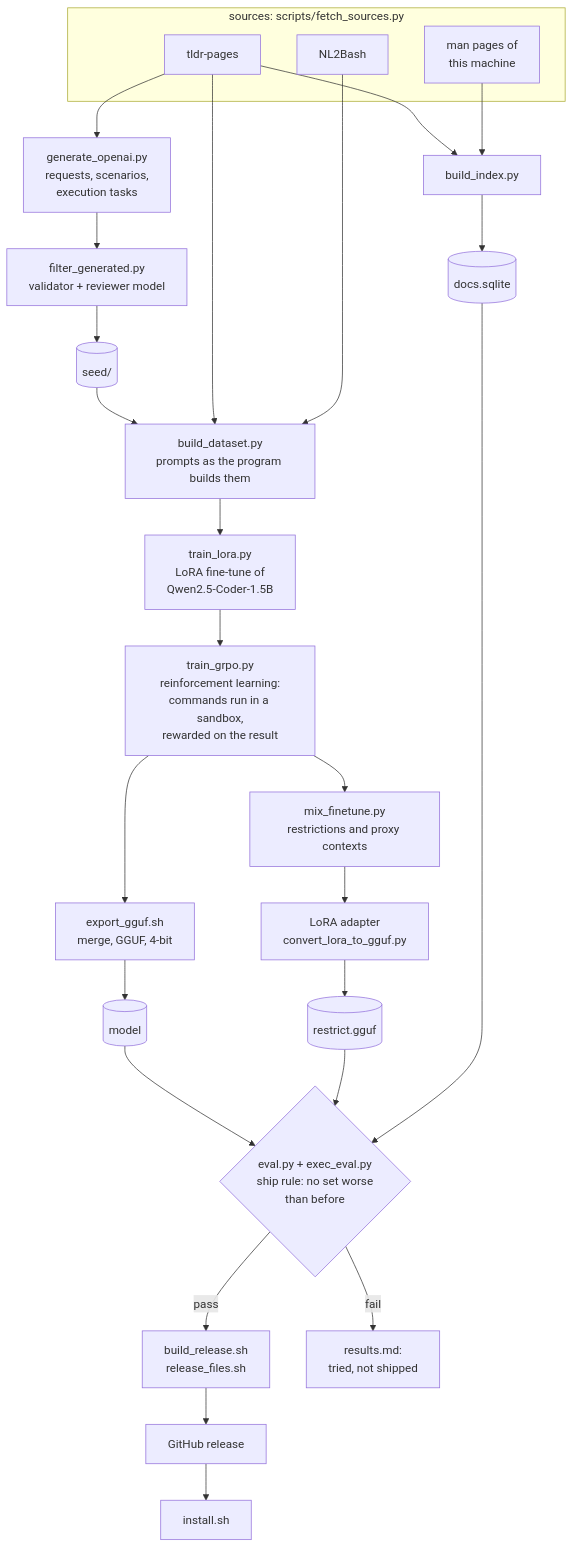
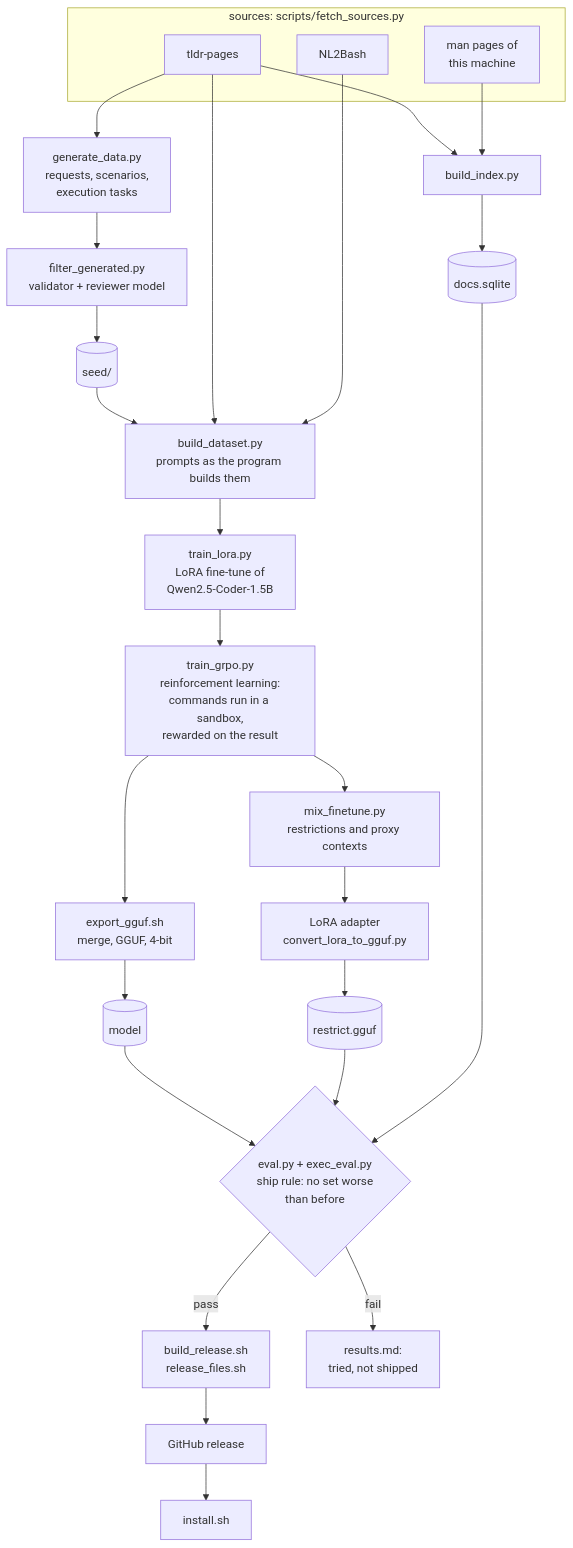
One commit to arxhr007/arxhr007.github.io changed the fifth of 5 diagrams in lxask-docs/content/docs/architecture.md. Above: the diagram before and after it, drawn with Mermaid. The commit also changed 8 other files, not shown here.

````diff
--- a/lxask-docs/content/docs/architecture.md
+++ b/lxask-docs/content/docs/architecture.md
@@ -153,21 +153,21 @@
 ```mermaid
 flowchart TD
     subgraph sources ["sources: scripts/fetch_sources.py"]
         tldr["tldr-pages"]
         nl2bash["NL2Bash"]
         man["man pages of<br/>this machine"]
     end
     tldr & man --> buildindex["build_index.py"] --> docs[("docs.sqlite")]
-    tldr --> gen["generate_openai.py<br/>requests, scenarios,<br/>execution tasks"]
+    tldr --> gen["generate_data.py<br/>requests, scenarios,<br/>execution tasks"]
     gen --> filter["filter_generated.py<br/>validator + reviewer model"]
     filter --> seed[("seed/")]
     seed & tldr & nl2bash --> dataset["build_dataset.py<br/>prompts as the program builds them"]
     dataset --> sft["train_lora.py<br/>LoRA fine-tune of<br/>Qwen2.5-Coder-1.5B"]
     sft --> rl["train_grpo.py<br/>reinforcement learning:<br/>commands run in a sandbox,<br/>rewarded on the result"]
     rl --> export["export_gguf.sh<br/>merge, GGUF, 4-bit"] --> modelgguf[("model")]
     rl --> mix["mix_finetune.py<br/>restrictions and proxy contexts"]
     mix --> adapter["LoRA adapter<br/>convert_lora_to_gguf.py"] --> restrict[("restrict.gguf")]
     modelgguf & restrict & docs --> evals{"eval.py + exec_eval.py<br/>ship rule: no set worse<br/>than before"}
     evals -- pass --> release["build_release.sh<br/>release_files.sh"] --> gh["GitHub release"] --> install["install.sh"]
     evals -- fail --> results["results.md:<br/>tried, not shipped"]
 ```
````
